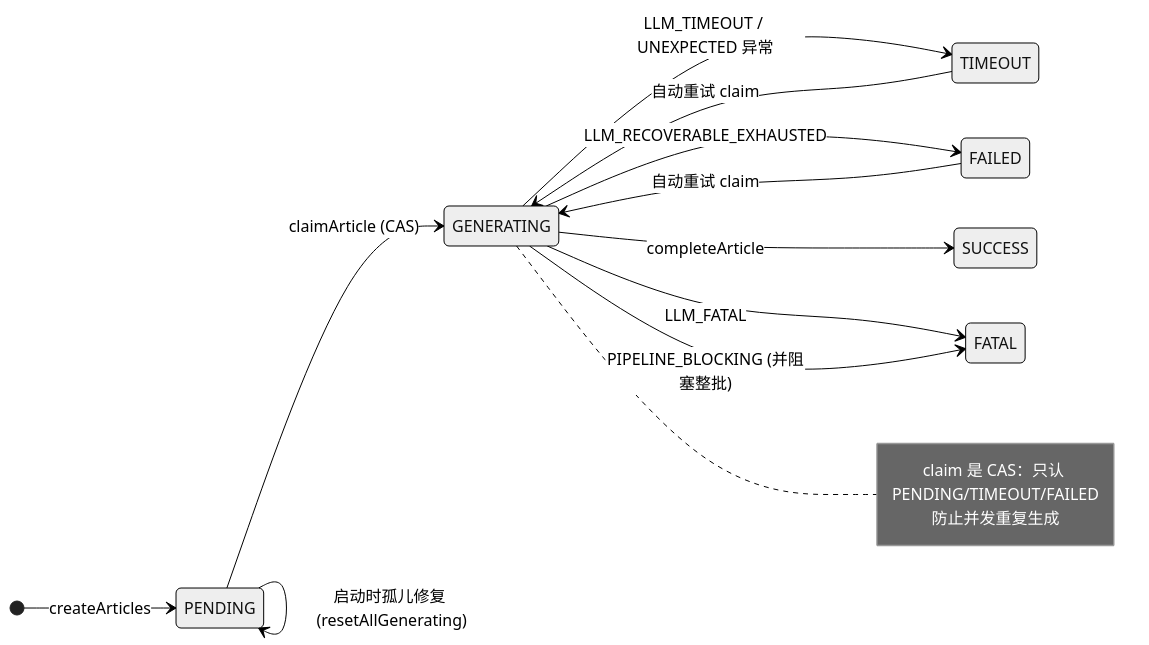
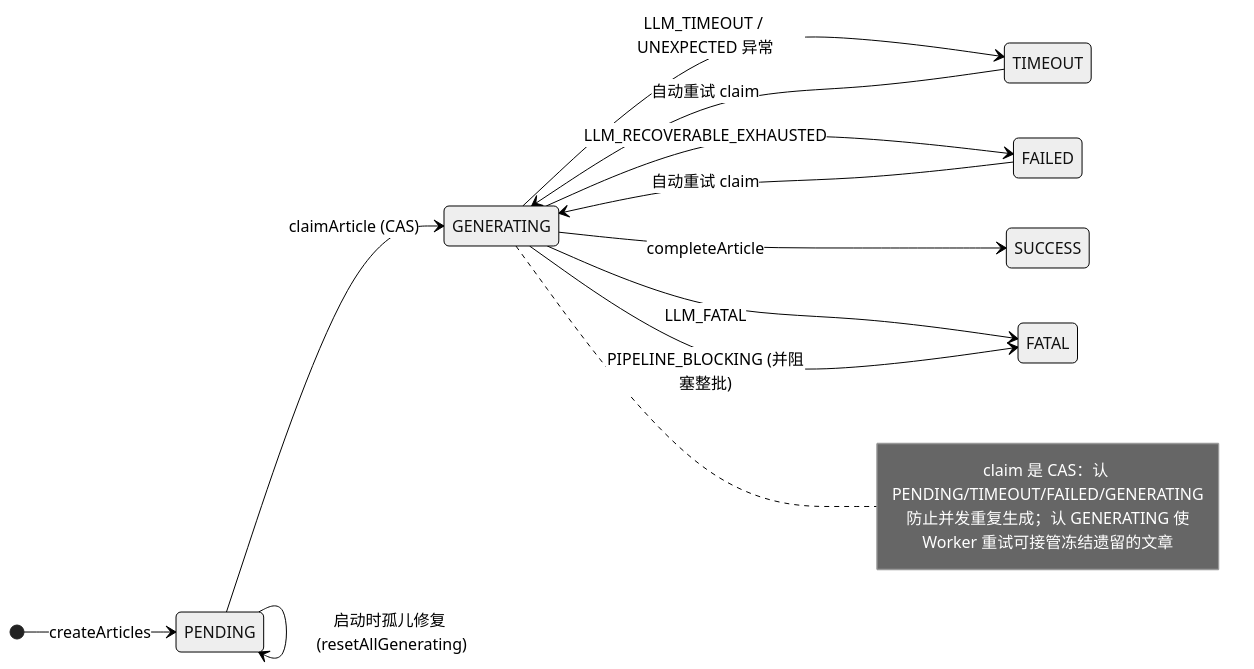
Before and after one commit to kindywu/contexta: the second of 5 diagrams in impl/app/android/app/docs/文章生成.md, drawn with Mermaid (neutral theme). The commit also changed other lines of this file and 4 other files, not shown here.

````diff
--- a/impl/app/android/app/docs/文章生成.md
+++ b/impl/app/android/app/docs/文章生成.md
@@ -77,15 +77,15 @@
 ```mermaid
 stateDiagram-v2
     direction LR
     [*] --> PENDING: createArticles
     PENDING --> GENERATING: claimArticle (CAS)
     TIMEOUT --> GENERATING: 自动重试 claim
     FAILED --> GENERATING: 自动重试 claim
     GENERATING --> SUCCESS: completeArticle
     GENERATING --> TIMEOUT: LLM_TIMEOUT / UNEXPECTED 异常
     GENERATING --> FAILED: LLM_RECOVERABLE_EXHAUSTED
     GENERATING --> FATAL: LLM_FATAL
     GENERATING --> FATAL: PIPELINE_BLOCKING (并阻塞整批)
     PENDING --> PENDING: 启动时孤儿修复 (resetAllGenerating)
-    note right of GENERATING: claim 是 CAS：只认 PENDING/TIMEOUT/FAILED<br/>防止并发重复生成
+    note right of GENERATING: claim 是 CAS：认 PENDING/TIMEOUT/FAILED/GENERATING<br/>防止并发重复生成；认 GENERATING 使<br/>Worker 重试可接管冻结遗留的文章
 ```
````
